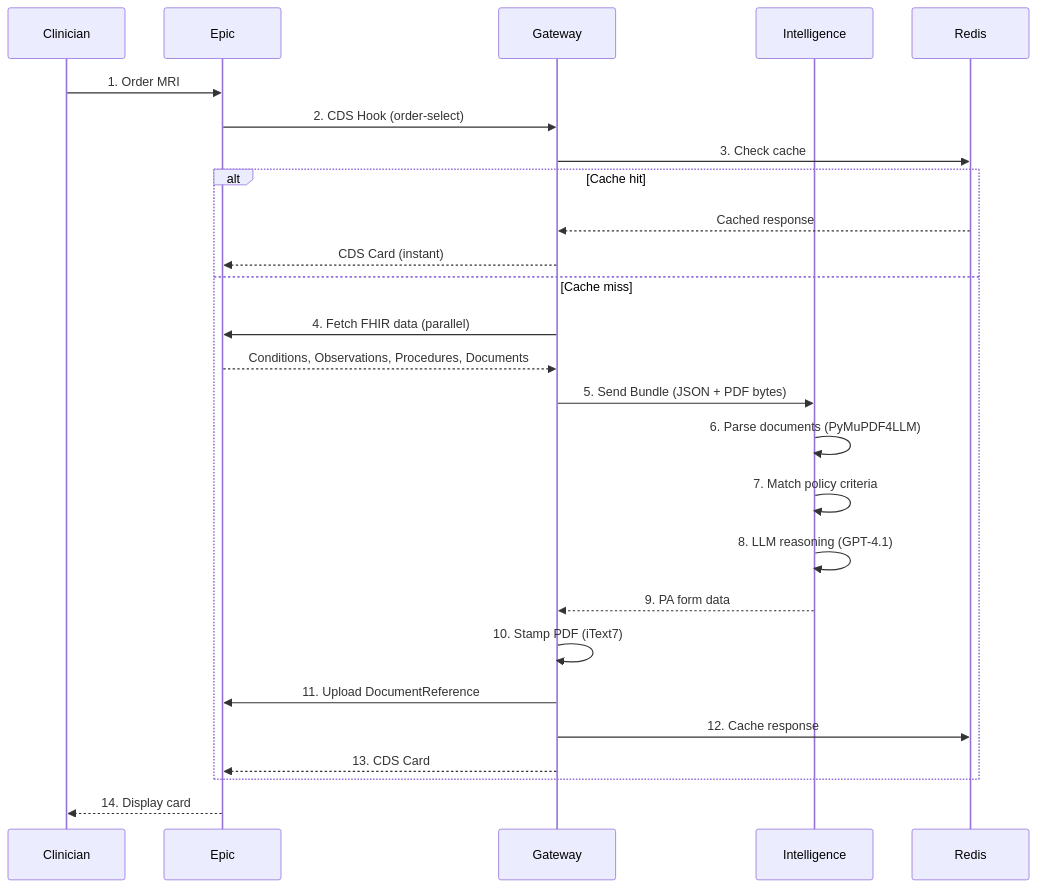
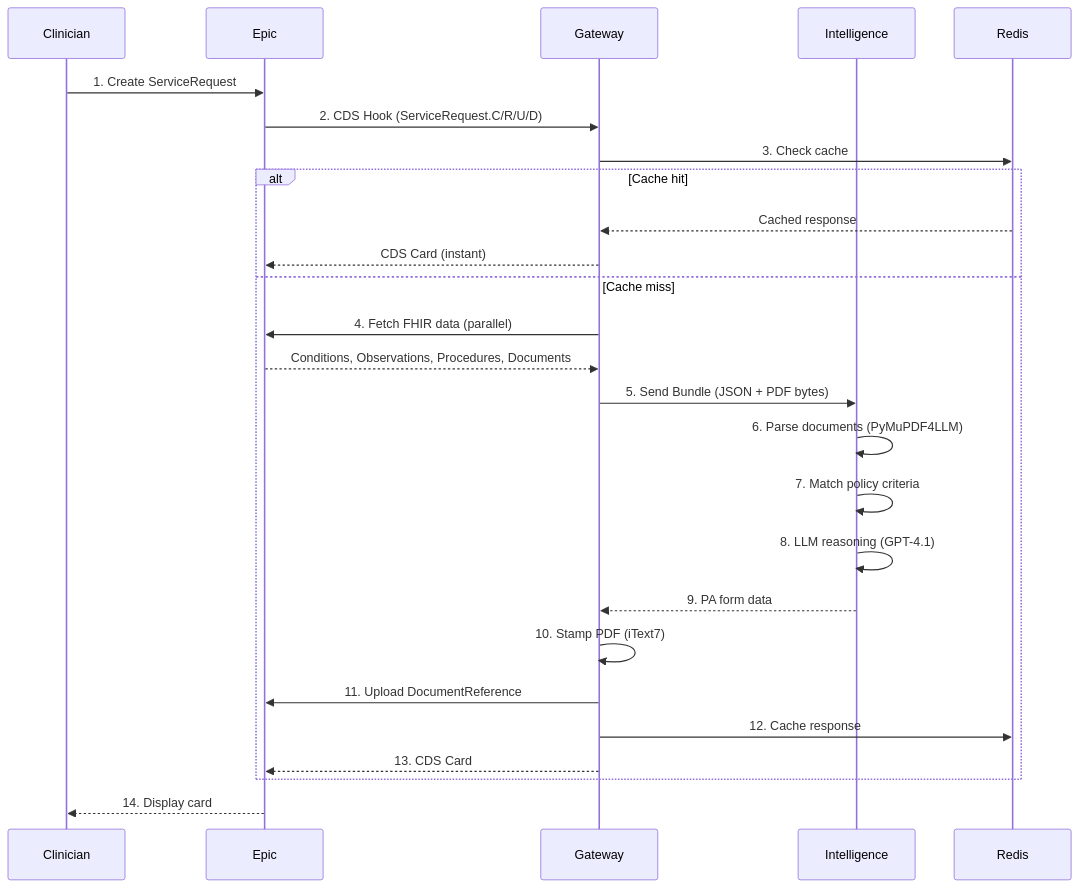
The second of 2 diagrams in docs/ARCHITECTURE.md (lvlup-sw/authscript), drawn with Mermaid before and after one commit. The commit also changed 2 other files, not shown here.

Commit message:
docs: update architecture for ServiceRequest.C/R/U/D hook
- Replace order-select references with ServiceRequest.C/R/U/D
- Mark procedure and payer as TBD (not MRI Lumbar/Blue Cross)
- Add MVP workstream issues planning document
- Update diagrams and API endpoints accordingly

````diff
--- a/docs/ARCHITECTURE.md
+++ b/docs/ARCHITECTURE.md
@@ -44,29 +44,29 @@
 ```mermaid
 sequenceDiagram
     participant C as Clinician
     participant E as Epic
     participant G as Gateway
     participant I as Intelligence
     participant R as Redis
 
-    C->>E: 1. Order MRI
-    E->>G: 2. CDS Hook (order-select)
+    C->>E: 1. Create ServiceRequest
+    E->>G: 2. CDS Hook (ServiceRequest.C/R/U/D)
     G->>R: 3. Check cache
     alt Cache hit
         R-->>G: Cached response
         G-->>E: CDS Card (instant)
     else Cache miss
         G->>E: 4. Fetch FHIR data (parallel)
         E-->>G: Conditions, Observations, Procedures, Documents
         G->>I: 5. Send Bundle (JSON + PDF bytes)
         I->>I: 6. Parse documents (PyMuPDF4LLM)
         I->>I: 7. Match policy criteria
         I->>I: 8. LLM reasoning (GPT-4.1)
         I-->>G: 9. PA form data
         G->>G: 10. Stamp PDF (iText7)
         G->>E: 11. Upload DocumentReference
         G->>R: 12. Cache response
         G-->>E: 13. CDS Card
     end
     E-->>C: 14. Display card
 ```
````
